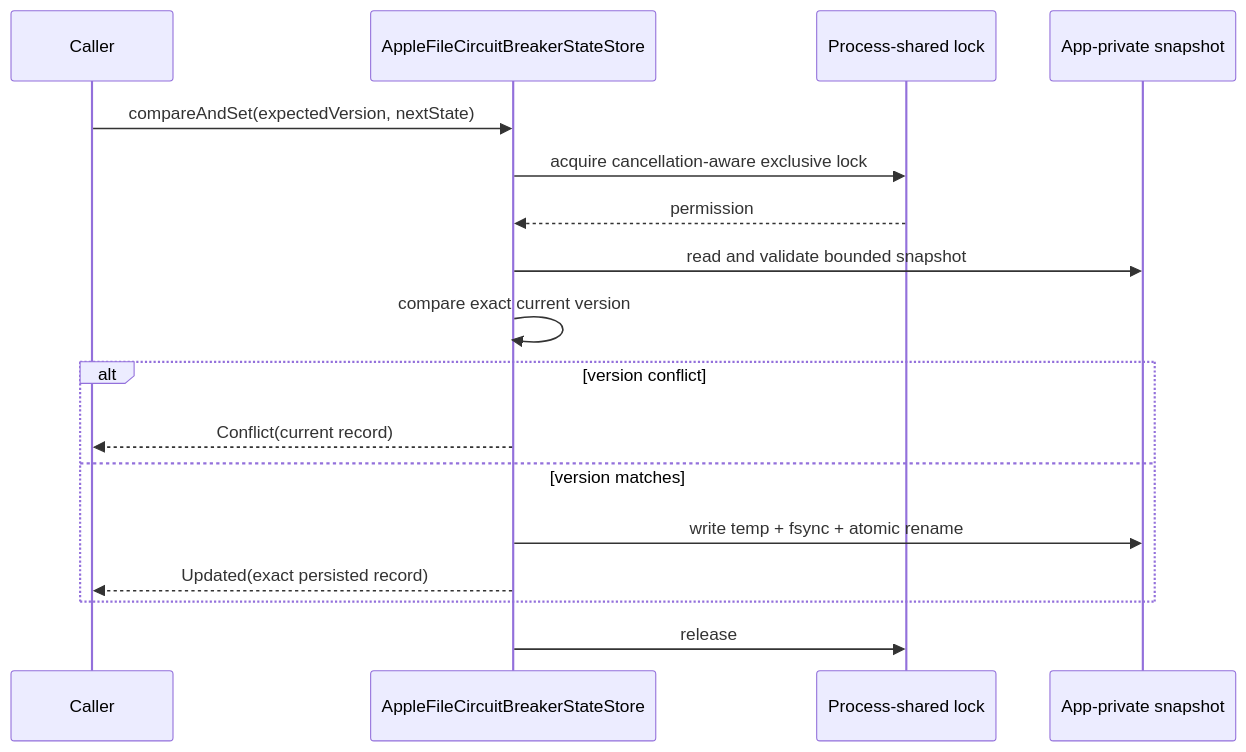
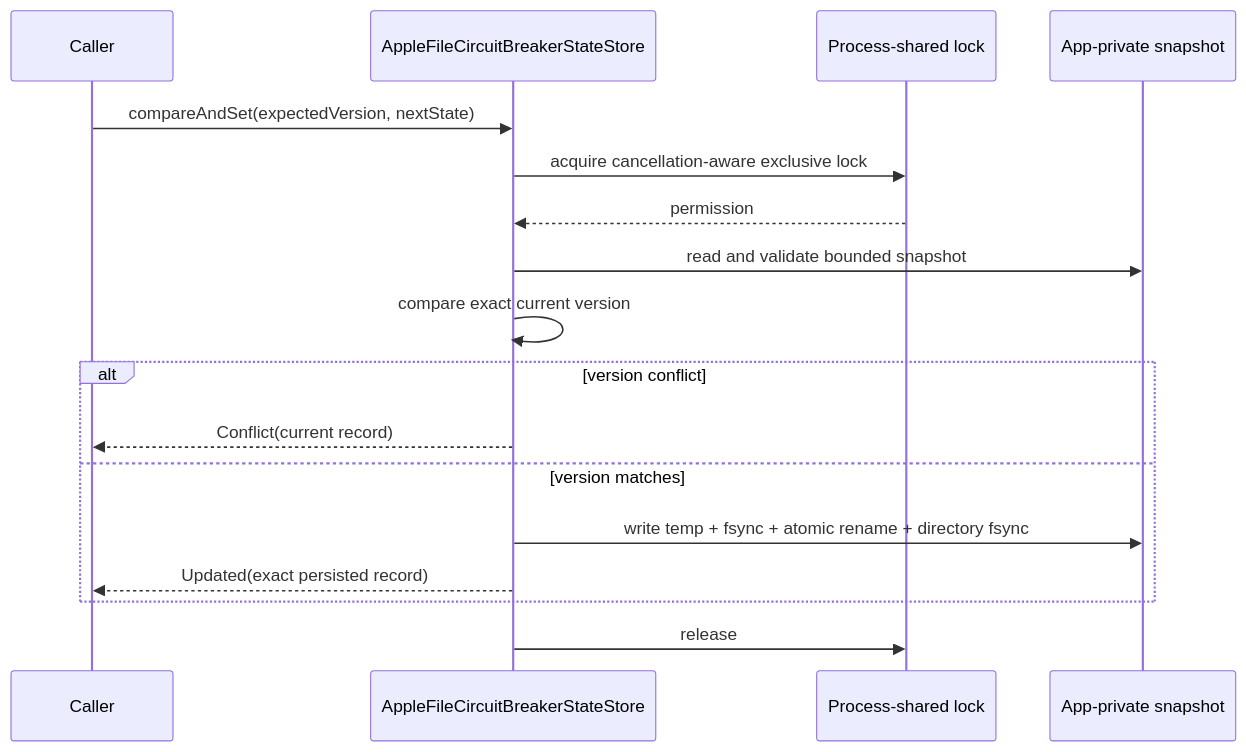
Before and after one commit to dataloom-sdk/dataloom: the diagram in docs/apple/circuit-state-store.md, drawn with Mermaid. The commit also changed other lines of this file and 3 other files, not shown here.

Commit message:
DL-040: fsync Apple circuit state directory entries

````diff
--- a/docs/apple/circuit-state-store.md
+++ b/docs/apple/circuit-state-store.md
@@ -42,20 +43,20 @@
 ```mermaid
 sequenceDiagram
     participant Caller
     participant Store as AppleFileCircuitBreakerStateStore
     participant Lock as Process-shared lock
     participant Disk as App-private snapshot
 
     Caller->>Store: compareAndSet(expectedVersion, nextState)
     Store->>Lock: acquire cancellation-aware exclusive lock
     Lock-->>Store: permission
     Store->>Disk: read and validate bounded snapshot
     Store->>Store: compare exact current version
     alt version conflict
         Store-->>Caller: Conflict(current record)
     else version matches
-        Store->>Disk: write temp + fsync + atomic rename
+        Store->>Disk: write temp + fsync + atomic rename + directory fsync
         Store-->>Caller: Updated(exact persisted record)
     end
     Store->>Lock: release
 ```
````
